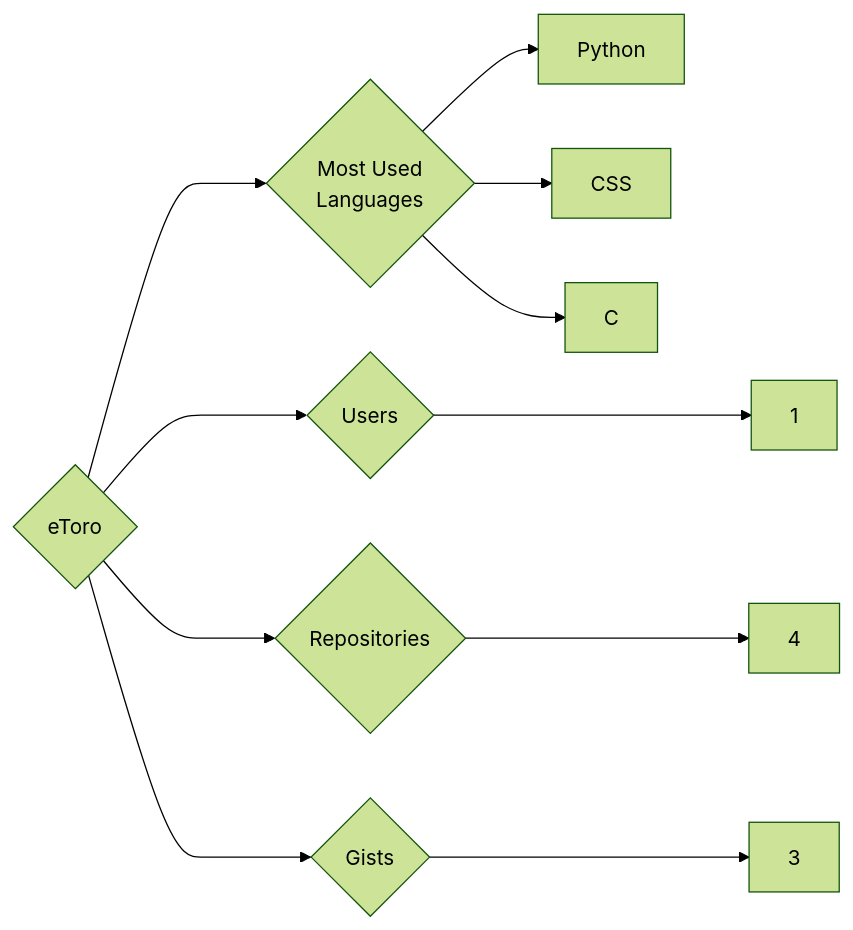
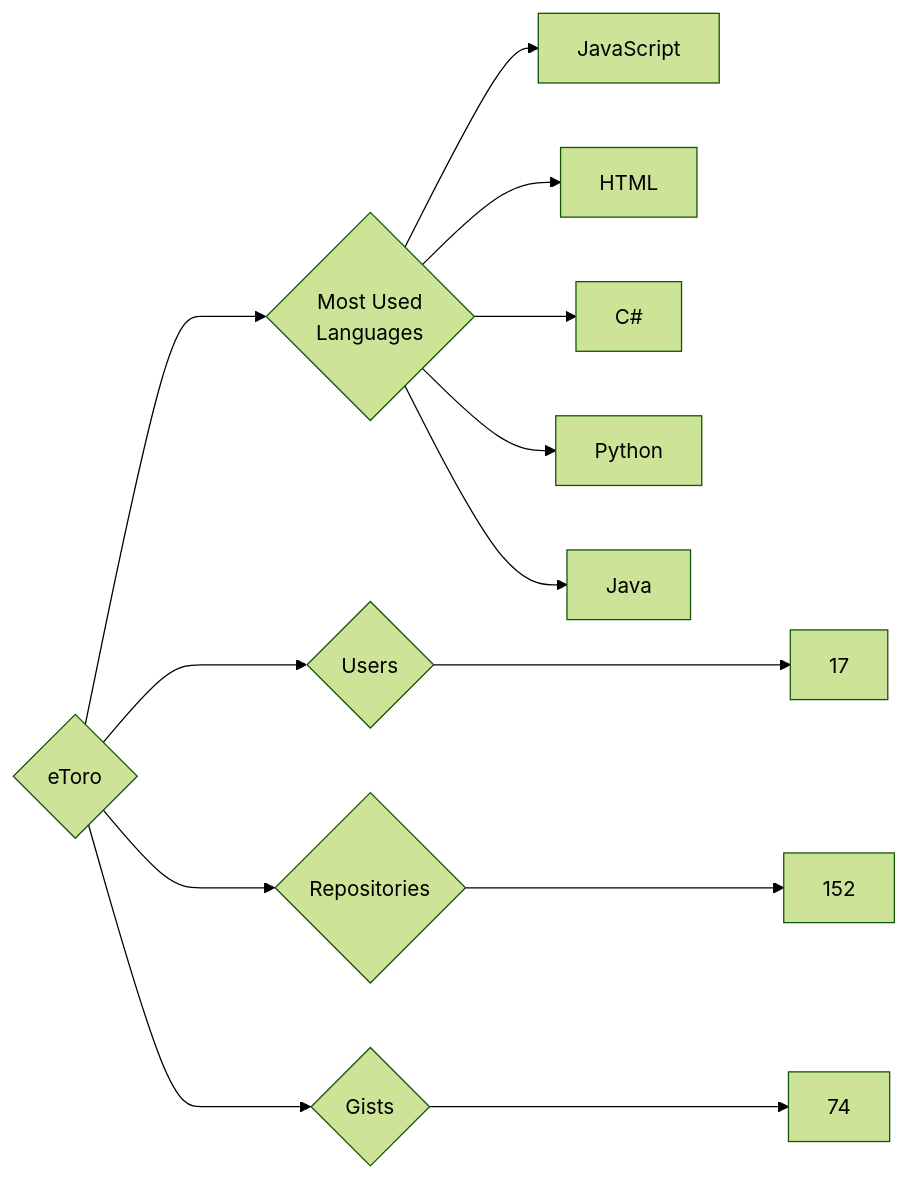
Before and after one commit to trickest/insiders: the diagram in targets/eToro/README.md, drawn with Mermaid (forest theme). The commit also changed 969 other files, not shown here.

````diff
--- a/targets/eToro/README.md
+++ b/targets/eToro/README.md
@@ -3,11 +3,13 @@
 ```mermaid
 graph LR
 COMPANY_NAME{eToro}
-COMPANY_NAME ---> U{Users} ---> UN[1]
-COMPANY_NAME ---> R{Repositories} ---> RN[4]
-COMPANY_NAME ---> G{Gists} ---> GN[3]
+COMPANY_NAME ---> U{Users} ---> UN[17]
+COMPANY_NAME ---> R{Repositories} ---> RN[152]
+COMPANY_NAME ---> G{Gists} ---> GN[74]
 COMPANY_NAME ---> ML{Most Used<br>Languages}
+ML --> JavaScript[JavaScript]
+ML --> HTML[HTML]
+ML --> C#[C#]
 ML --> Python[Python]
-ML --> CSS[CSS]
-ML --> C[C]
+ML --> Java[Java]
 ```
````
